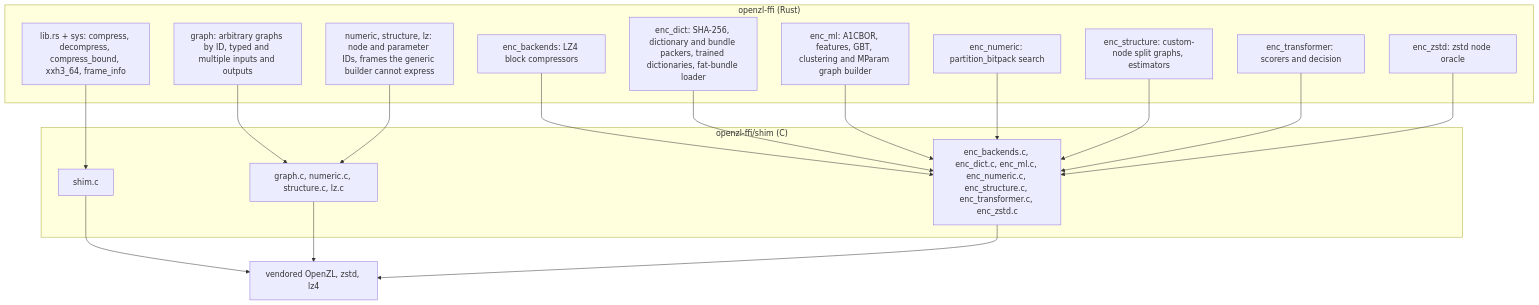
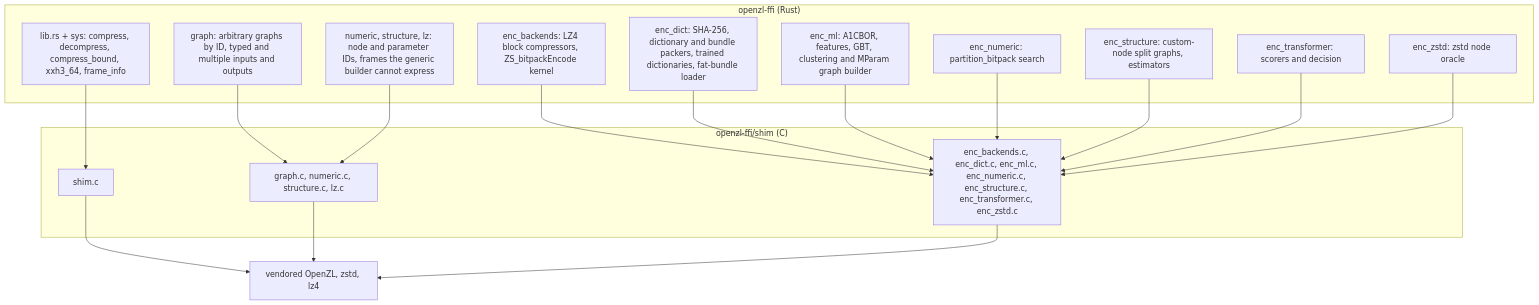
One commit to M-Compressors/mopenzl changed the first of 2 diagrams in architecture/compatibility.md. Above: the diagram before and after it, drawn with Mermaid. The commit also changed 8 other files, not shown here.

````diff
--- a/architecture/compatibility.md
+++ b/architecture/compatibility.md
@@ -13,33 +13,33 @@
 ```mermaid
 graph TD
     subgraph ffi ["openzl-ffi (Rust)"]
         LIB["lib.rs + sys: compress, decompress, compress_bound, xxh3_64, frame_info"]
         GR["graph: arbitrary graphs by ID, typed and multiple inputs and outputs"]
         NUM["numeric, structure, lz: node and parameter IDs, frames the generic builder cannot express"]
-        EB["enc_backends: LZ4 block compressors"]
+        EB["enc_backends: LZ4 block compressors, ZS_bitpackEncode kernel"]
         ED["enc_dict: SHA-256, dictionary and bundle packers, trained dictionaries, fat-bundle loader"]
         EM["enc_ml: A1CBOR, features, GBT, clustering and MParam graph builder"]
         EN["enc_numeric: partition_bitpack search"]
         ES["enc_structure: custom-node split graphs, estimators"]
         ET["enc_transformer: scorers and decision"]
         EZ["enc_zstd: zstd node oracle"]
     end
     subgraph shim ["openzl-ffi/shim (C)"]
         S1["shim.c"]
         S2["graph.c, numeric.c, structure.c, lz.c"]
         S3["enc_backends.c, enc_dict.c, enc_ml.c, enc_numeric.c, enc_structure.c, enc_transformer.c, enc_zstd.c"]
     end
     LIB --> S1
     GR --> S2
     NUM --> S2
     EB --> S3
     ED --> S3
     EM --> S3
     EN --> S3
     ES --> S3
     ET --> S3
     EZ --> S3
     S1 --> V[vendored OpenZL, zstd, lz4]
     S2 --> V
     S3 --> V
 ```
````
